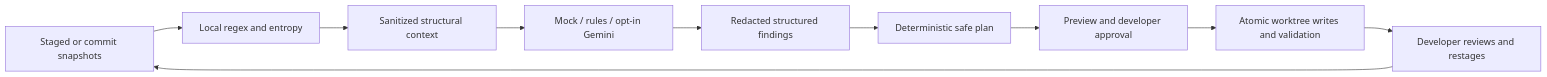
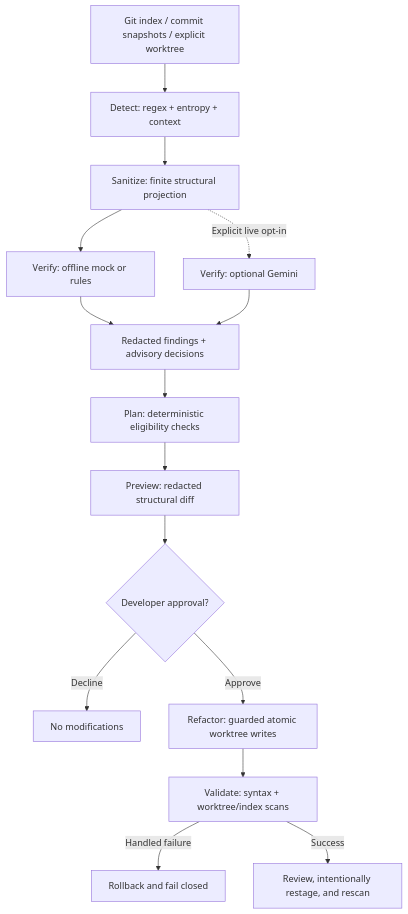
One commit to luzain-sara/codeshield-ai changed the diagram in README.md. Above: the diagram before and after it, drawn with Mermaid. The commit also changed other lines of this file, not shown here.

````diff
--- a/README.md
+++ b/README.md
@@ -184,12 +44,17 @@
 ```mermaid
-flowchart LR
-    Git[Staged or commit snapshots] --> Detect[Local regex and entropy]
-    Detect --> Safe[Sanitized structural context]
-    Safe --> Verify[Mock / rules / opt-in Gemini]
-    Verify --> Report[Redacted structured findings]
-    Report --> Plan[Deterministic safe plan]
-    Plan --> Approval[Preview and developer approval]
-    Approval --> Apply[Atomic worktree writes and validation]
-    Apply --> Restage[Developer reviews and restages]
-    Restage --> Git
+flowchart TD
+    Input["Git index / commit snapshots / explicit worktree"] --> Detect["Detect: regex + entropy + context"]
+    Detect --> Sanitize["Sanitize: finite structural projection"]
+    Sanitize --> Offline["Verify: offline mock or rules"]
+    Sanitize -. "Explicit live opt-in" .-> Gemini["Verify: optional Gemini"]
+    Offline --> Findings["Redacted findings + advisory decisions"]
+    Gemini --> Findings
+    Findings --> Plan["Plan: deterministic eligibility checks"]
+    Plan --> Preview["Preview: redacted structural diff"]
+    Preview --> Approval{"Developer approval?"}
+    Approval -- "Decline" --> Unchanged["No modifications"]
+    Approval -- "Approve" --> Refactor["Refactor: guarded atomic worktree writes"]
+    Refactor --> Validate["Validate: syntax + worktree/index scans"]
+    Validate -- "Handled failure" --> Rollback["Rollback and fail closed"]
+    Validate -- "Success" --> Restage["Review, intentionally restage, and rescan"]
 ```
````
